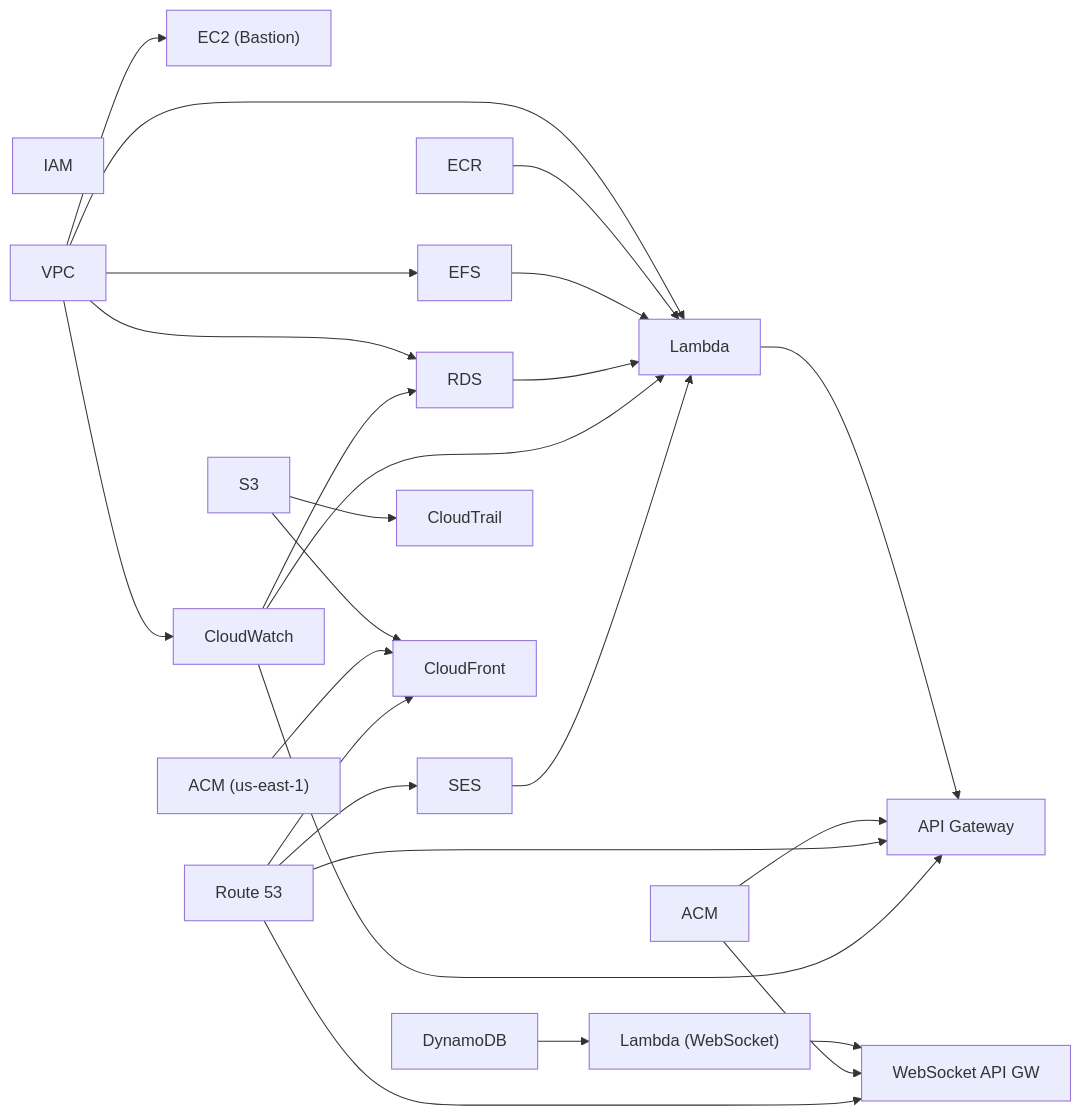
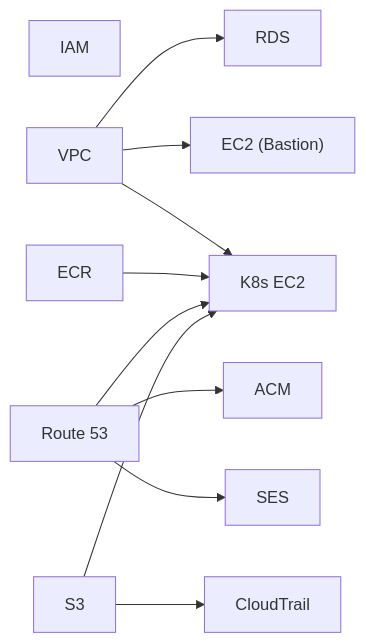
One commit to revenantonthemission/2-cho-community-infra changed the second of 3 diagrams in README.md. Above: the diagram before and after it, drawn with Mermaid. The commit also changed other lines of this file and 4 other files, not shown here.

````diff
--- a/README.md
+++ b/README.md
@@ -82,36 +87,17 @@
 ```mermaid
 flowchart LR
     IAM
 
     VPC --> RDS
-    VPC --> EFS
-    VPC --> Lambda
     VPC --> EC2["EC2 (Bastion)"]
-    VPC --> CloudWatch
+    VPC --> K8s_EC2["K8s EC2"]
 
-    ECR --> Lambda
-    EFS --> Lambda
-    RDS --> Lambda
-    Lambda --> API_GW["API Gateway"]
+    ECR --> K8s_EC2
 
-    ACM --> API_GW
-    Route53["Route 53"] --> API_GW
-
-    CloudWatch --> Lambda
-    CloudWatch --> RDS
-    CloudWatch --> API_GW
-
-    DynamoDB --> Lambda_WS["Lambda (WebSocket)"]
-    Lambda_WS --> WS_APIGW["WebSocket API GW"]
-    ACM --> WS_APIGW
-    Route53 --> WS_APIGW
-
+    Route53["Route 53"] --> ACM
     Route53 --> SES
-    SES --> Lambda
+    Route53 --> K8s_EC2
 
     S3 --> CloudTrail
-    S3 --> CloudFront
-
-    ACM_CF["ACM (us-east-1)"] --> CloudFront
-    Route53 --> CloudFront
+    S3 --> K8s_EC2
 ```
````
